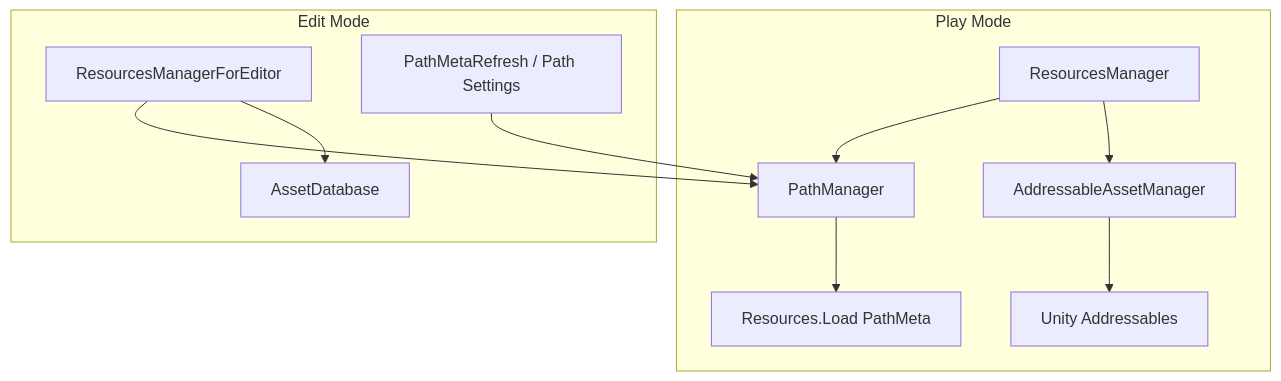
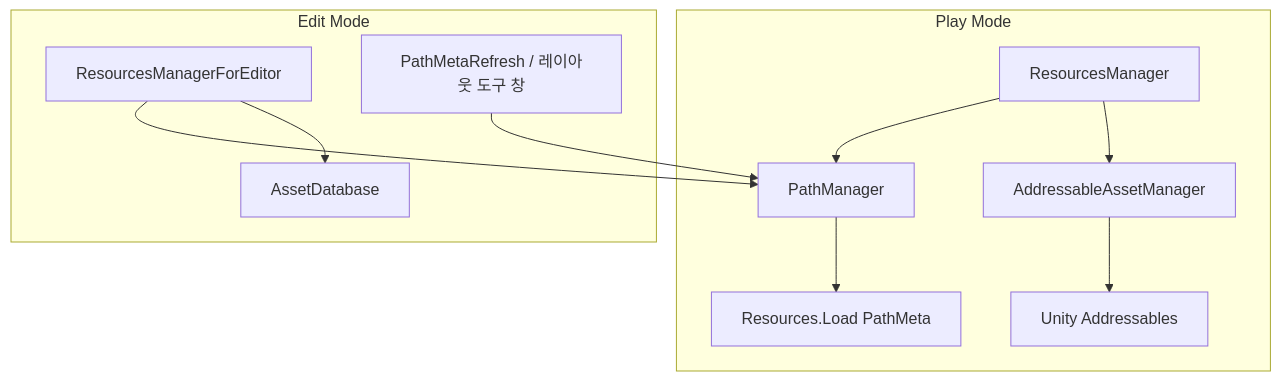
The diagram in docs/architecture/Architecture_AddressableLayout.md (monet5379/unity-addressable), drawn with Mermaid before and after one commit. The commit also changed other lines of this file and 9 other files, not shown here.

````diff
--- a/docs/architecture/Architecture_AddressableLayout.md
+++ b/docs/architecture/Architecture_AddressableLayout.md
@@ -56,20 +58,20 @@
 ```mermaid
 flowchart TB
     subgraph play [Play Mode]
         RM[ResourcesManager]
         PM[PathManager]
         AAM[AddressableAssetManager]
         RM --> PM
         RM --> AAM
         AAM --> Addr[Unity Addressables]
         PM --> ResLoad[Resources.Load PathMeta]
     end
 
     subgraph edit [Edit Mode]
         RME[ResourcesManagerForEditor]
-        Refresh[PathMetaRefresh / Path Settings]
+        Refresh[PathMetaRefresh / 레이아웃 도구 창]
         RME --> PM
         RME --> ADB[AssetDatabase]
         Refresh --> PM
     end
 ```
````
